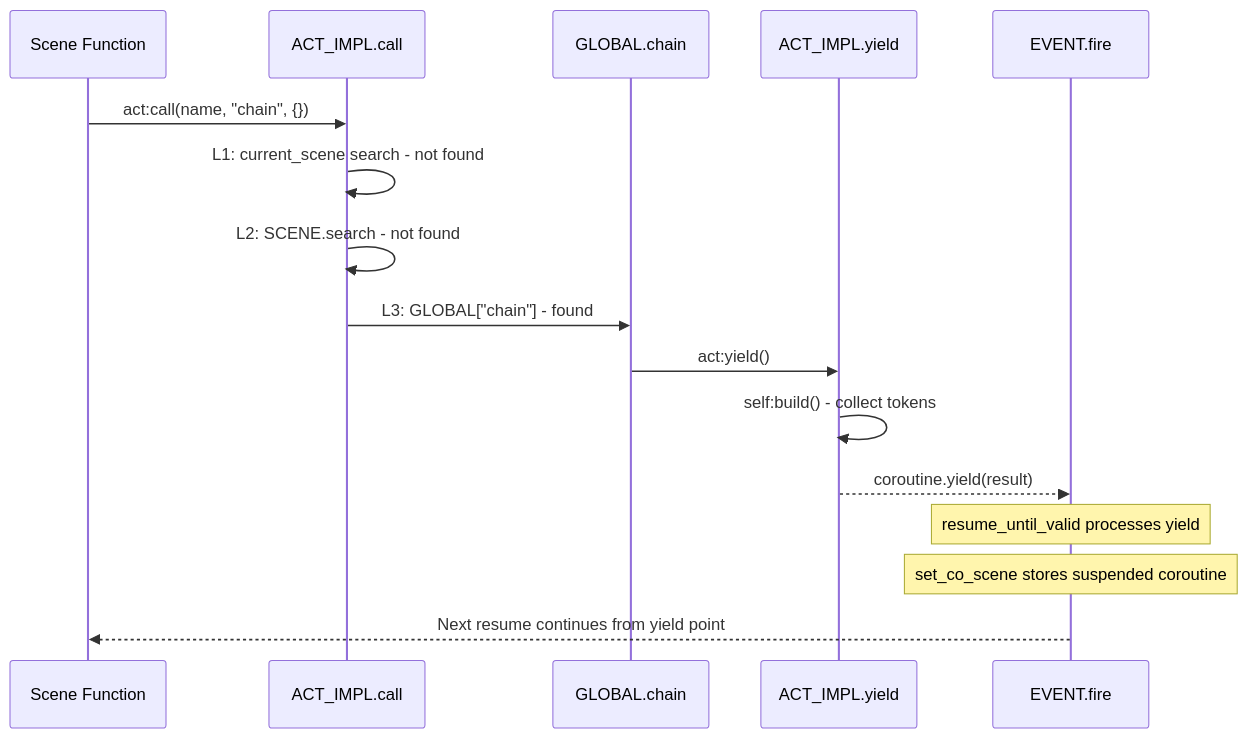
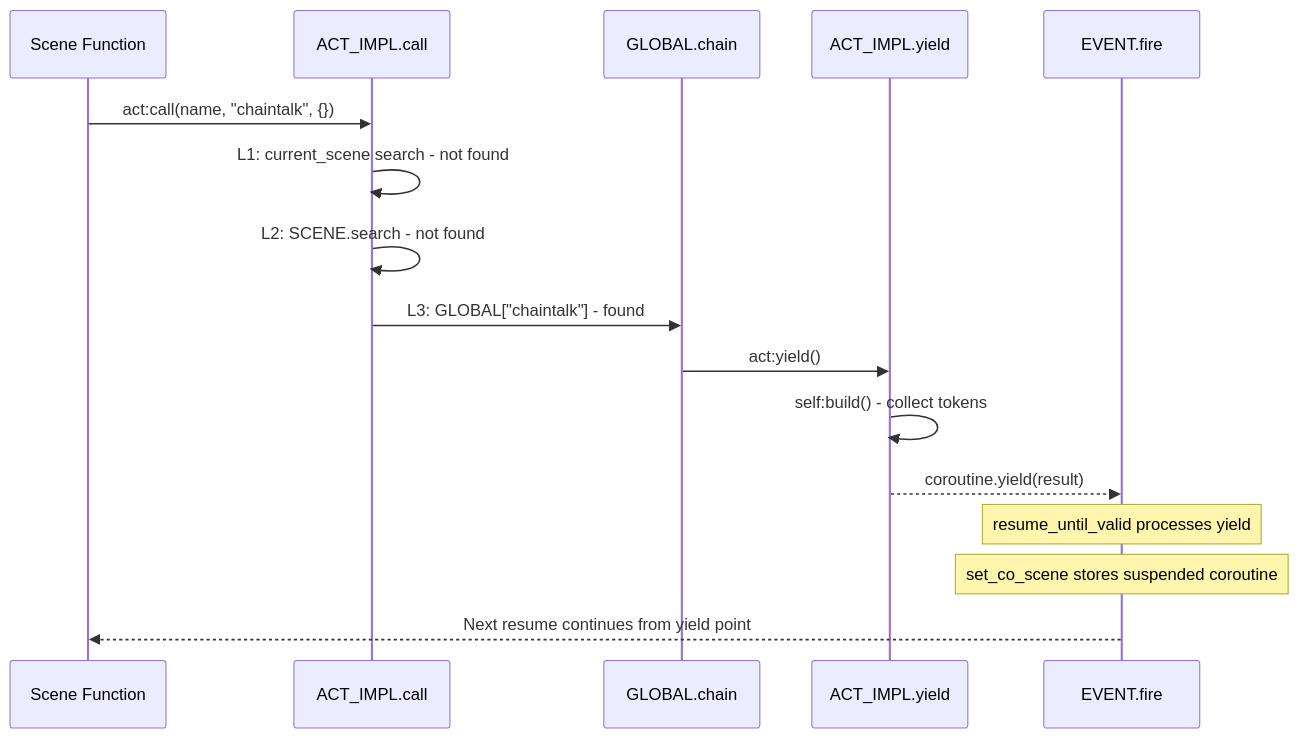
One commit to ekicyou/pasta changed the second of 2 diagrams in .kiro/specs/yield-continuation-token/design.md. Above: the diagram before and after it, drawn with Mermaid. The commit also changed other lines of this file and 3 other files, not shown here.

````diff
--- a/.kiro/specs/yield-continuation-token/design.md
+++ b/.kiro/specs/yield-continuation-token/design.md
@@ -75,19 +75,19 @@
 ```mermaid
 sequenceDiagram
     participant Scene as Scene Function
     participant ACT as ACT_IMPL.call
     participant GLOBAL as GLOBAL.chain
     participant Yield as ACT_IMPL.yield
     participant Event as EVENT.fire
 
-    Scene->>ACT: act:call(name, "chain", {})
+    Scene->>ACT: act:call(name, "chaintalk", {})
     ACT->>ACT: L1: current_scene search - not found
     ACT->>ACT: L2: SCENE.search - not found
-    ACT->>GLOBAL: L3: GLOBAL["chain"] - found
+    ACT->>GLOBAL: L3: GLOBAL["chaintalk"] - found
     GLOBAL->>Yield: act:yield()
     Yield->>Yield: self:build() - collect tokens
     Yield-->>Event: coroutine.yield(result)
     Note over Event: resume_until_valid processes yield
     Note over Event: set_co_scene stores suspended coroutine
     Event-->>Scene: Next resume continues from yield point
 ```
````
